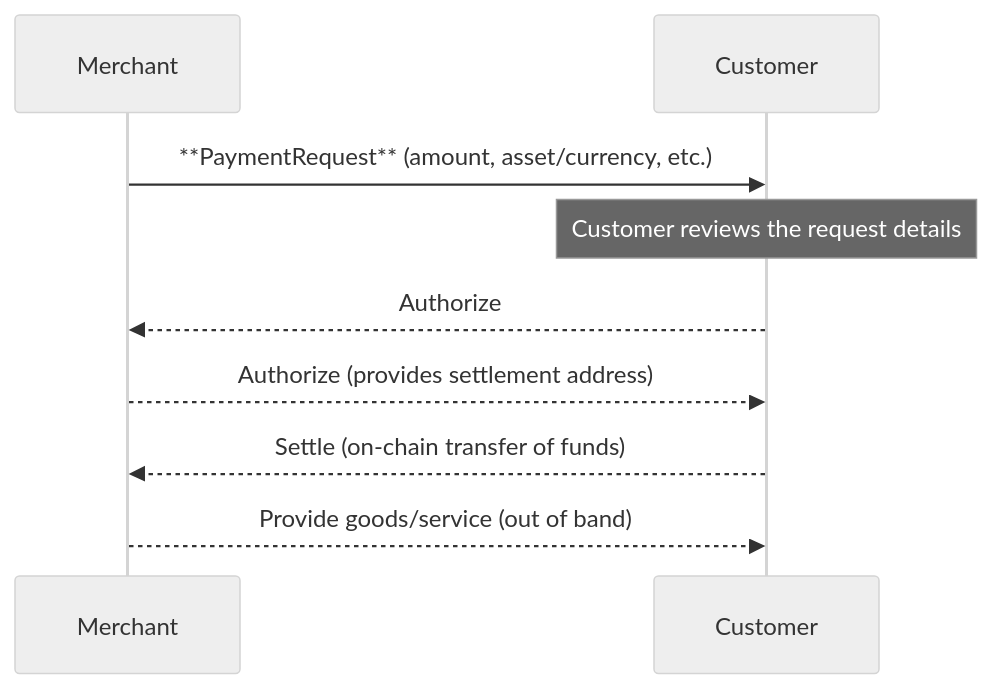
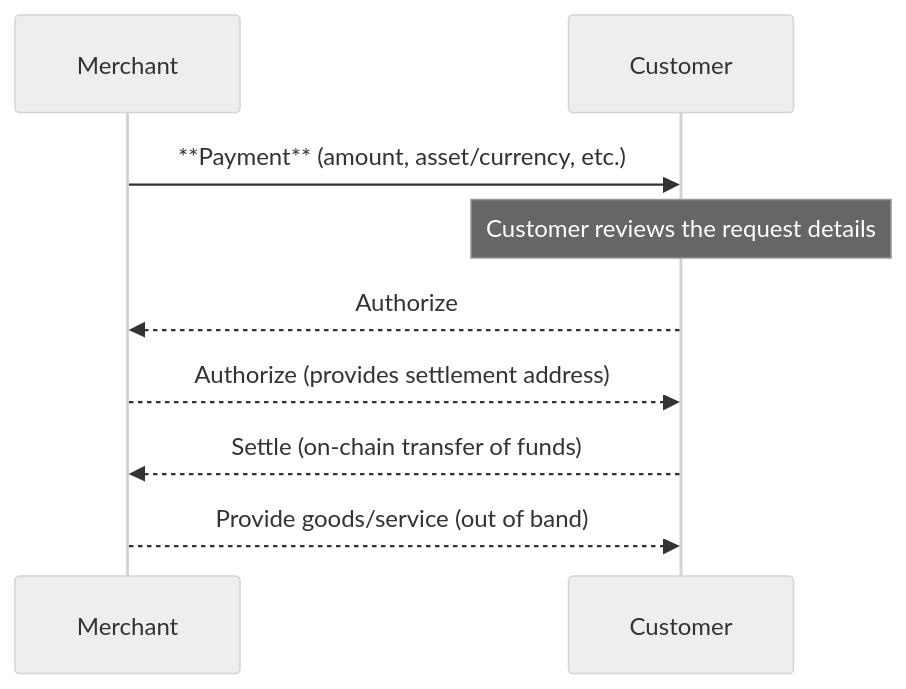
Before and after one commit to TransactionAuthorizationProtocol/TAIPs: the second of 4 diagrams in TAIPs/taip-14.md, drawn with Mermaid (neutral theme). The commit also changed other lines of this file and 6 other files, not shown here.

First line of the commit message:
Rename PaymentRequest to Payment throughout the codebase

````diff
--- a/TAIPs/taip-14.md
+++ b/TAIPs/taip-14.md
@@ -86,11 +82,11 @@
 ```mermaid
 sequenceDiagram
     participant Merchant
     participant Customer
-    Merchant->>Customer: **PaymentRequest** (amount, asset/currency, etc.)
+    Merchant->>Customer: **Payment** (amount, asset/currency, etc.)
     Note over Customer: Customer reviews the request details
     Customer-->>Merchant: Authorize
     Merchant-->>Customer: Authorize (provides settlement address)
     Customer-->>Merchant: Settle (on-chain transfer of funds)
     Merchant-->>Customer: Provide goods/service (out of band)
 ```
````
